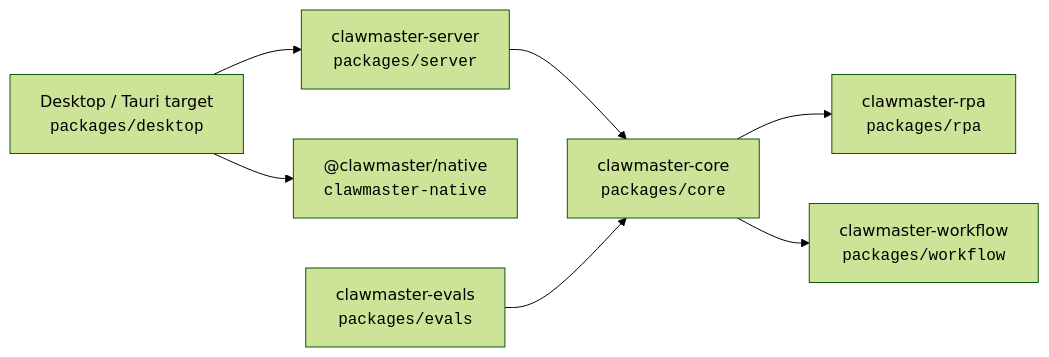
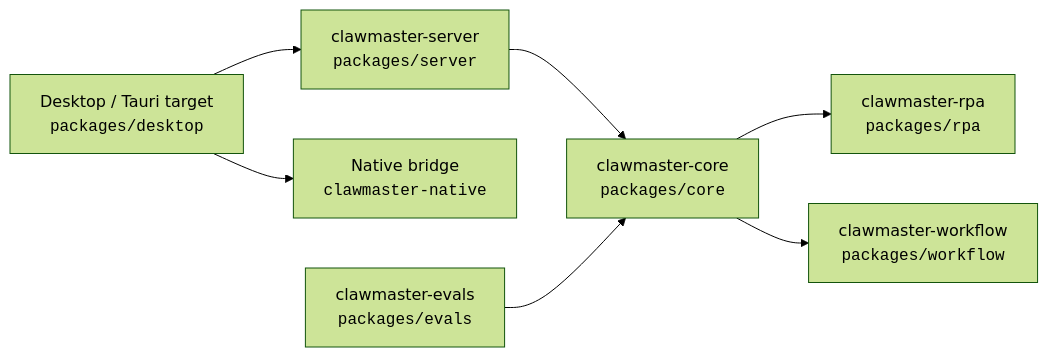
The first of 4 diagrams in docs/code-map.md (NSIETeam/ClawMaster), drawn with Mermaid (forest theme) before and after one commit. The commit also changed 45 other files, not shown here.

````diff
--- a/docs/code-map.md
+++ b/docs/code-map.md
@@ -8,16 +8,16 @@
 ```mermaid
 flowchart LR
   p1["clawmaster-core<br/><code>packages/core</code>"]
   p2["clawmaster-server<br/><code>packages/server</code>"]
   p3["Desktop / Tauri target<br/><code>packages/desktop</code>"]
-  p4["@clawmaster/native<br/><code>clawmaster-native</code>"]
+  p4["Native bridge<br/><code>clawmaster-native</code>"]
   p5["clawmaster-evals<br/><code>packages/evals</code>"]
   p6["clawmaster-workflow<br/><code>packages/workflow</code>"]
   p7["clawmaster-rpa<br/><code>packages/rpa</code>"]
   p1 --> p7
   p1 --> p6
   p2 --> p1
   p3 --> p4
   p3 --> p2
   p5 --> p1
 ```
````
